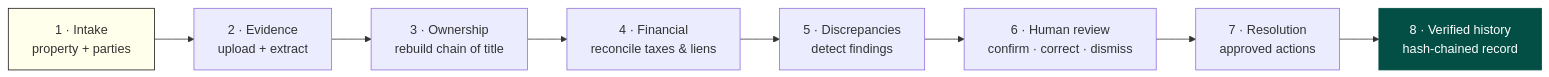
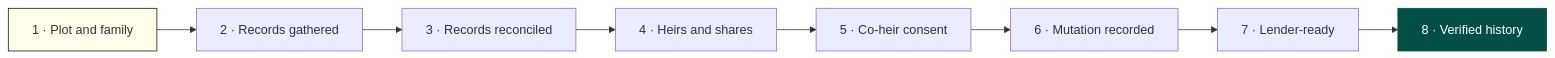
One commit to Ground-work-gcp/Groundwork changed the first of 3 diagrams in README.md. Above: the diagram before and after it, drawn with Mermaid. The commit also changed other lines of this file, not shown here.

First line of the commit message:
Rewrite README around rural land records and Canton multi-party approvals

````diff
--- a/README.md
+++ b/README.md
@@ -103,12 +61,12 @@
 ```mermaid
 flowchart LR
-    A["1 · Intake<br/>property + parties"] --> B["2 · Evidence<br/>upload + extract"]
-    B --> C["3 · Ownership<br/>rebuild chain of title"]
-    C --> D["4 · Financial<br/>reconcile taxes & liens"]
-    D --> E["5 · Discrepancies<br/>detect findings"]
-    E --> F["6 · Human review<br/>confirm · correct · dismiss"]
-    F --> G["7 · Resolution<br/>approved actions"]
-    G --> H["8 · Verified history<br/>hash-chained record"]
+    A["1 · Plot and family"] --> B["2 · Records gathered"]
+    B --> C["3 · Records reconciled"]
+    C --> D["4 · Heirs and shares"]
+    D --> E["5 · Co-heir consent"]
+    E --> F["6 · Mutation recorded"]
+    F --> G["7 · Lender-ready"]
+    G --> H["8 · Verified history"]
     style A fill:#ffffeb,stroke:#1a1a1a
     style H fill:#034f46,color:#fff,stroke:#034f46
 ```
````
